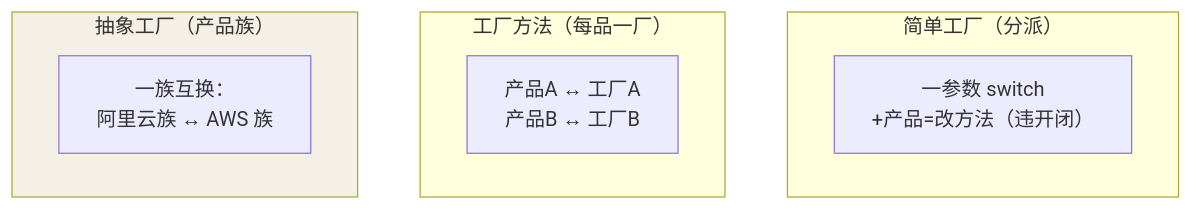
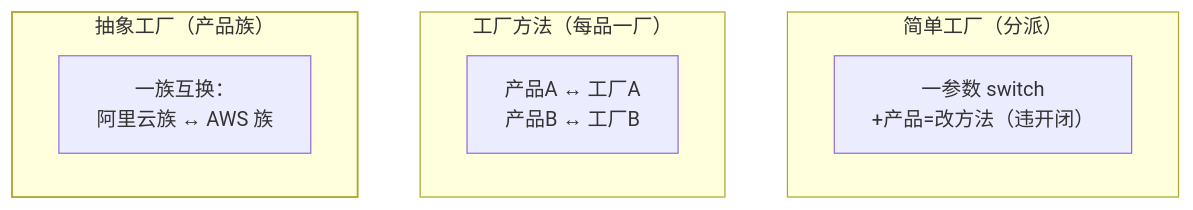
One commit to Loadhao/ascension changed the second of 2 diagrams in src/content/docs/java/intermediate/design-pattern/02-creational.md. Above: the diagram before and after it, drawn with Mermaid. The commit also changed other lines of this file and 87 other files, not shown here.

First line of the commit message:
fix: 全站图表配色改由主题接管，修复暗色主题下浅底浅字看不清

````diff
--- a/src/content/docs/java/intermediate/design-pattern/02-creational.md
+++ b/src/content/docs/java/intermediate/design-pattern/02-creational.md
@@ -96,13 +97,14 @@
 ```mermaid
 flowchart TB
     subgraph 简单["简单工厂（分派）"]
         S["一参数 switch<br/>+产品=改方法（违开闭）"]
     end
     subgraph 工厂方法["工厂方法（每品一厂）"]
         F["产品A ↔ 工厂A<br/>产品B ↔ 工厂B"]
     end
     subgraph 抽象工厂["抽象工厂（产品族）"]
         A["一族互换：<br/>阿里云族 ↔ AWS 族"]
     end
-    style 抽象工厂 fill:#f5f0e6
+    class 抽象工厂 hl
+    classDef hl stroke-width:1.5px
 ```
````
